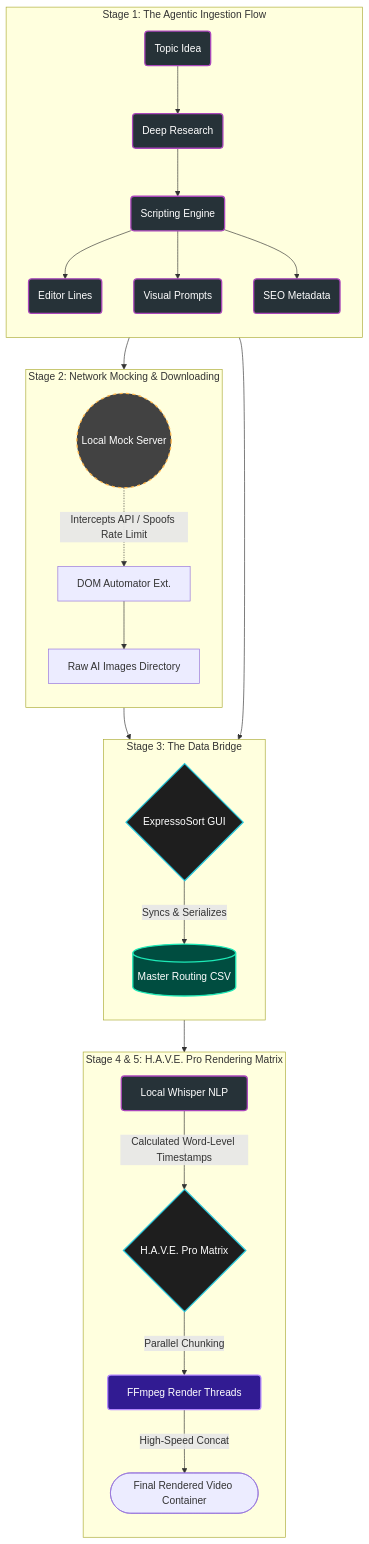
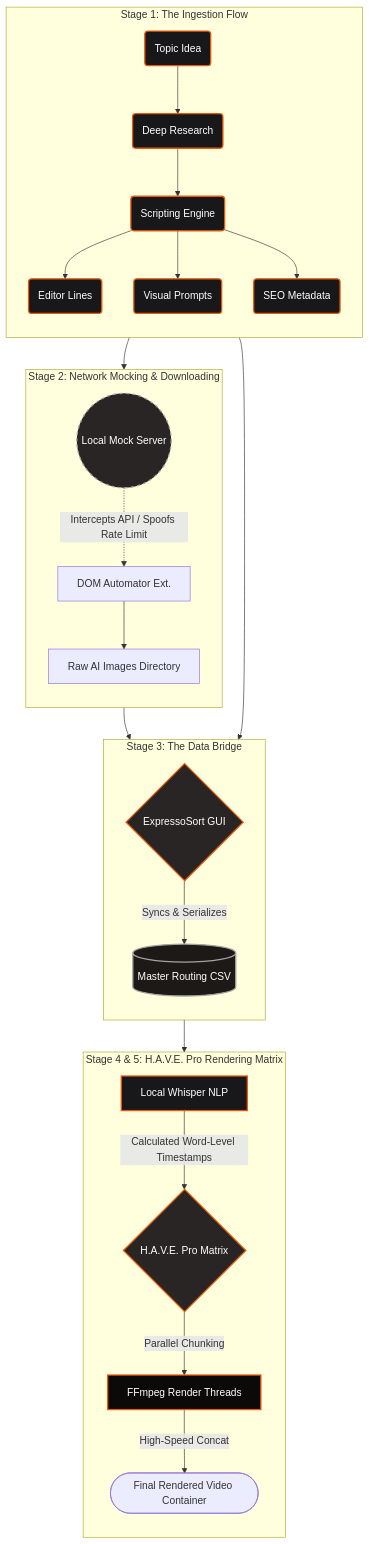
One commit to sharshad1527/sharshad1527 changed the diagram in HAVE_AUTONOMOUS_PIPELINE.md. Above: the diagram before and after it, drawn with Mermaid. The commit also changed other lines of this file and 1 other file, not shown here.

````diff
--- a/HAVE_AUTONOMOUS_PIPELINE.md
+++ b/HAVE_AUTONOMOUS_PIPELINE.md
@@ -17,45 +17,44 @@
 ```mermaid
 graph TD
-    %% Custom Material Dark Theme Styles
-    classDef aiEngine fill:#263238,stroke:#ab47bc,stroke-width:2px,color:#fff,rx:5px,ry:5px;
-    classDef guiApp fill:#1e1e1e,stroke:#26c6da,stroke-width:2px,color:#fff,rx:8px,ry:8px;
-    classDef database fill:#004d40,stroke:#1de9b6,stroke-width:2px,color:#fff;
-    classDef renderCore fill:#311b92,stroke:#b388ff,stroke-width:2px,color:#fff,rx:5px,ry:5px;
-    classDef network fill:#424242,stroke:#ffb74d,stroke-width:2px,stroke-dasharray: 5 5,color:#fff;
+    %% Custom Dark / Orange and Coffee Theme Styles
+    classDef aiEngine fill:#18181b,stroke:#ea580c,stroke-width:2px,color:#fff;
+    classDef guiApp fill:#292524,stroke:#ea580c,stroke-width:2px,color:#fff;
+    classDef database fill:#1c1917,stroke:#a8a29e,stroke-width:2px,color:#fff;
+    classDef renderCore fill:#0c0a09,stroke:#ea580c,stroke-width:2px,color:#fff;
+    classDef network fill:#292524,stroke:#a8a29e,stroke-width:2px,stroke-dasharray: 5 5,color:#fff;
     
-    subgraph S1 [Stage 1: The Agentic Ingestion Flow]
+    subgraph S1 ["Stage 1: The Ingestion Flow"]
         direction TB
         A1(Topic Idea) --> A2(Deep Research)
         A2 --> A3(Scripting Engine)
         A3 --> A4(Editor Lines)
         A3 --> A5(Visual Prompts)
         A3 --> A6(SEO Metadata)
         class A1,A2,A3,A4,A5,A6 aiEngine;
     end
 
-    subgraph S2 [Stage 2: Network Mocking & Downloading]
+    subgraph S2 ["Stage 2: Network Mocking & Downloading"]
         direction TB
         B2((Local Mock Server)):::network -.->|Intercepts API / Spoofs Rate Limit| B1[DOM Automator Ext.]
         B1 --> B3[Raw AI Images Directory]
     end
 
-    subgraph S3 [Stage 3: The Data Bridge]
+    subgraph S3 ["Stage 3: The Data Bridge"]
         direction TB
         C1{ExpressoSort GUI}:::guiApp
         C1 -->|Syncs & Serializes| C2[(Master Routing CSV)]:::database
     end
 
-    subgraph S4 [Stage 4 & 5: H.A.V.E. Pro Rendering Matrix]
+    subgraph S4 ["Stage 4 & 5: H.A.V.E. Pro Rendering Matrix"]
         direction TB
         D2[Local Whisper NLP]:::aiEngine -->|Calculated Word-Level Timestamps| D1{H.A.V.E. Pro Matrix}:::guiApp
         D1 -->|Parallel Chunking| D3[FFmpeg Render Threads]:::renderCore
         D3 -->|High-Speed Concat| D4([Final Rendered Video Container])
     end
 
     %% Cross-Stage Data Routing
     A5 --> B1
     A4 --> C1
     B3 --> C1
     C2 --> D1
-
 ```
````
